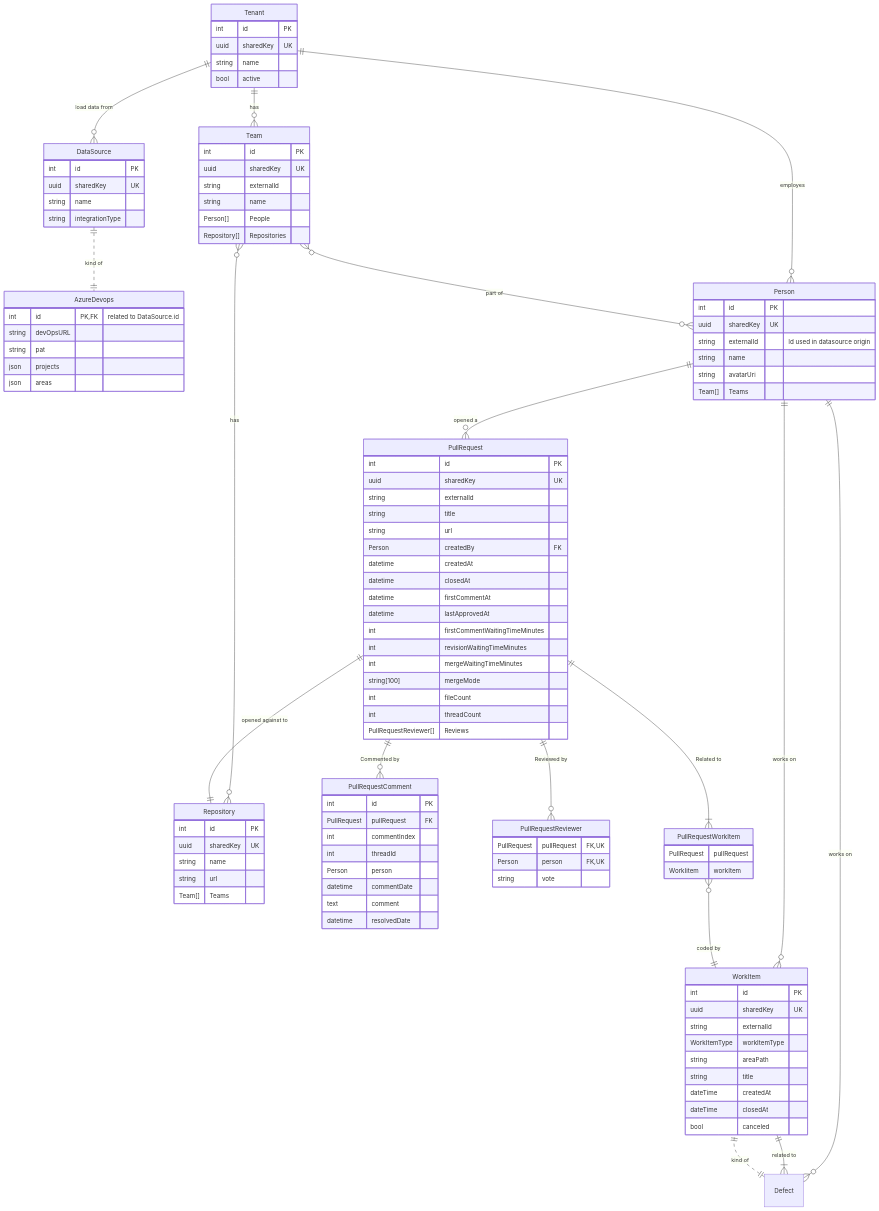
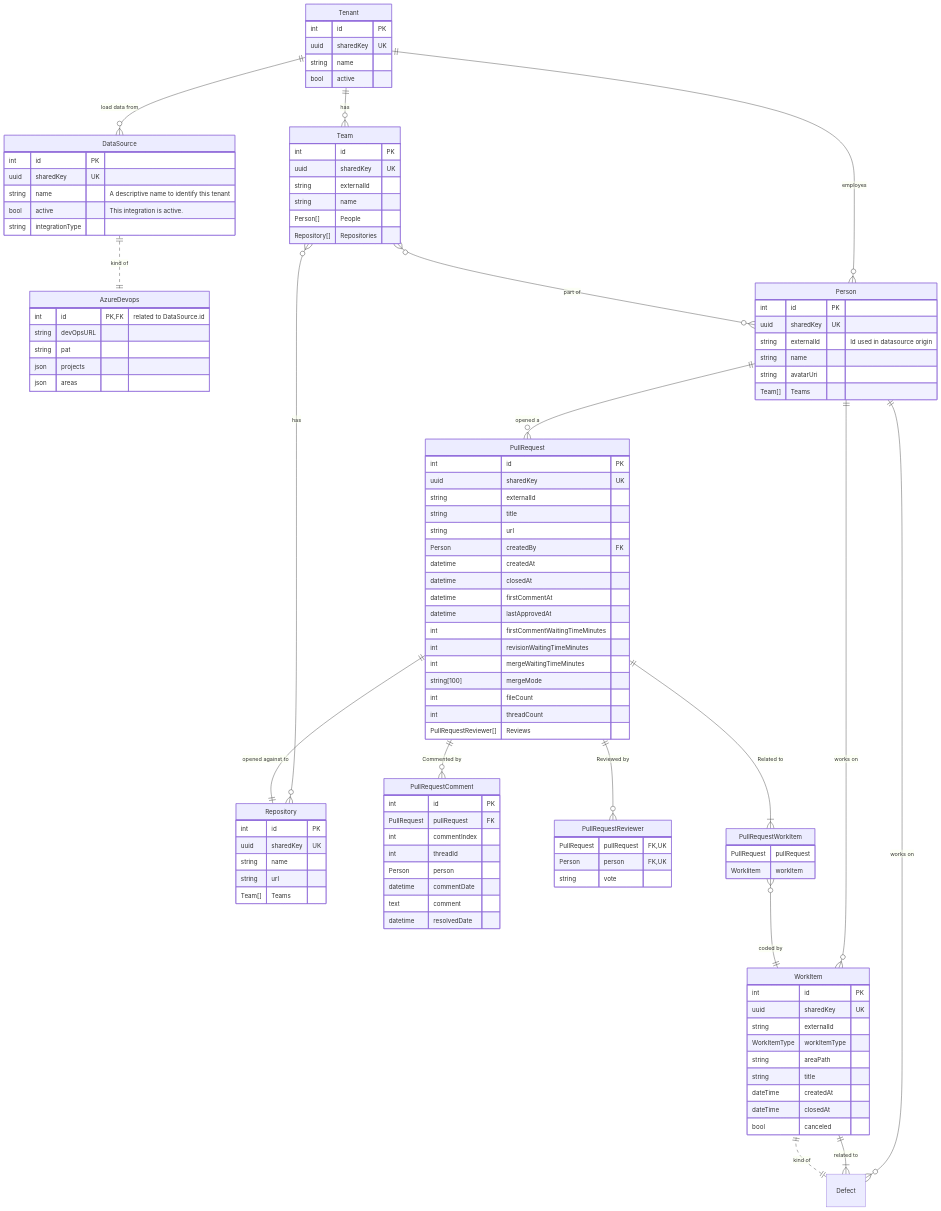
Before and after one commit to blogdoft/CodeReviewAnalyzer: the diagram in docs/Requirements.md, drawn with Mermaid. The commit also changed 44 other files, not shown here.

```diff
--- a/docs/Requirements.md
+++ b/docs/Requirements.md
@@ -37,7 +37,8 @@
     ds[DataSource] {
         int id PK
         uuid sharedKey UK
-        string name
+        string name "A descriptive name to identify this tenant"
+        bool active "This integration is active." 
         string integrationType 
     }
 
```
